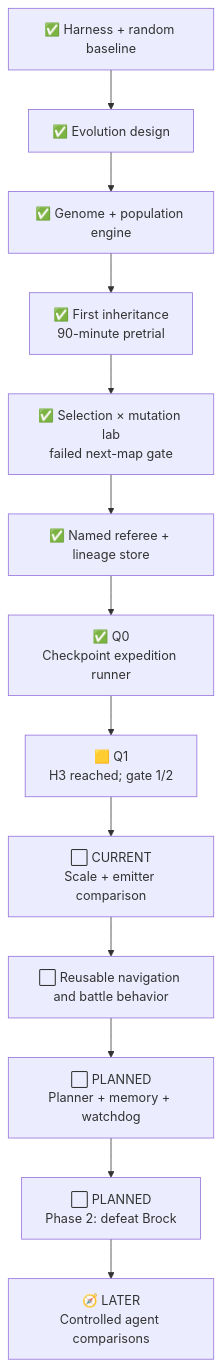
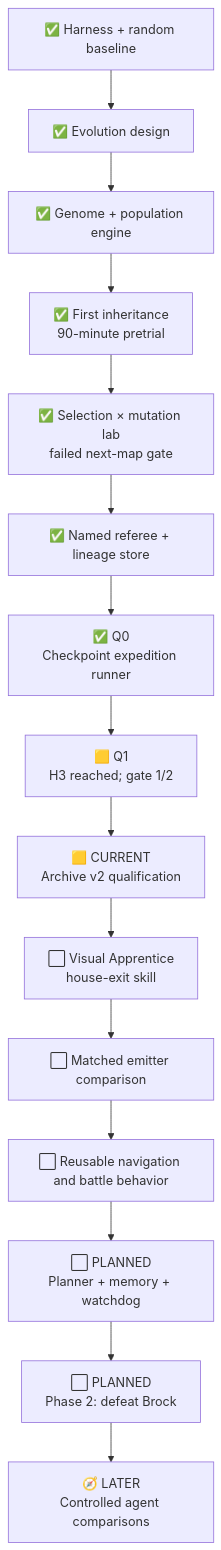
Before and after one commit to PeteAndrews1289/pokemon-red-ai: the diagram in docs/roadmap.md, drawn with Mermaid. The commit also changed other lines of this file and 9 other files, not shown here.

````diff
--- a/docs/roadmap.md
+++ b/docs/roadmap.md
@@ -46,15 +49,17 @@
 ```mermaid
 flowchart TD
     P0["✅ Harness + random baseline"] --> EV0["✅ Evolution design"]
     EV0 --> EV1["✅ Genome + population engine"]
     EV1 --> PRE["✅ First inheritance<br/>90-minute pretrial"]
     PRE --> LAB["✅ Selection × mutation lab<br/>failed next-map gate"]
     LAB --> REF["✅ Named referee + lineage store"]
     REF --> P1["✅ Q0<br/>Checkpoint expedition runner"]
     P1 --> Q1["🟨 Q1<br/>H3 reached; gate 1/2"]
-    Q1 --> EM["⬜ CURRENT<br/>Scale + emitter comparison"]
+    Q1 --> SC["🟨 CURRENT<br/>Archive v2 qualification"]
+    SC --> VA["⬜ Visual Apprentice<br/>house-exit skill"]
+    VA --> EM["⬜ Matched emitter comparison"]
     EM --> SK["⬜ Reusable navigation and battle behavior"]
     SK --> HY["⬜ PLANNED<br/>Planner + memory + watchdog"]
     HY --> P2["⬜ PLANNED<br/>Phase 2: defeat Brock"]
     P2 --> AB["🧭 LATER<br/>Controlled agent comparisons"]
 ```
````
